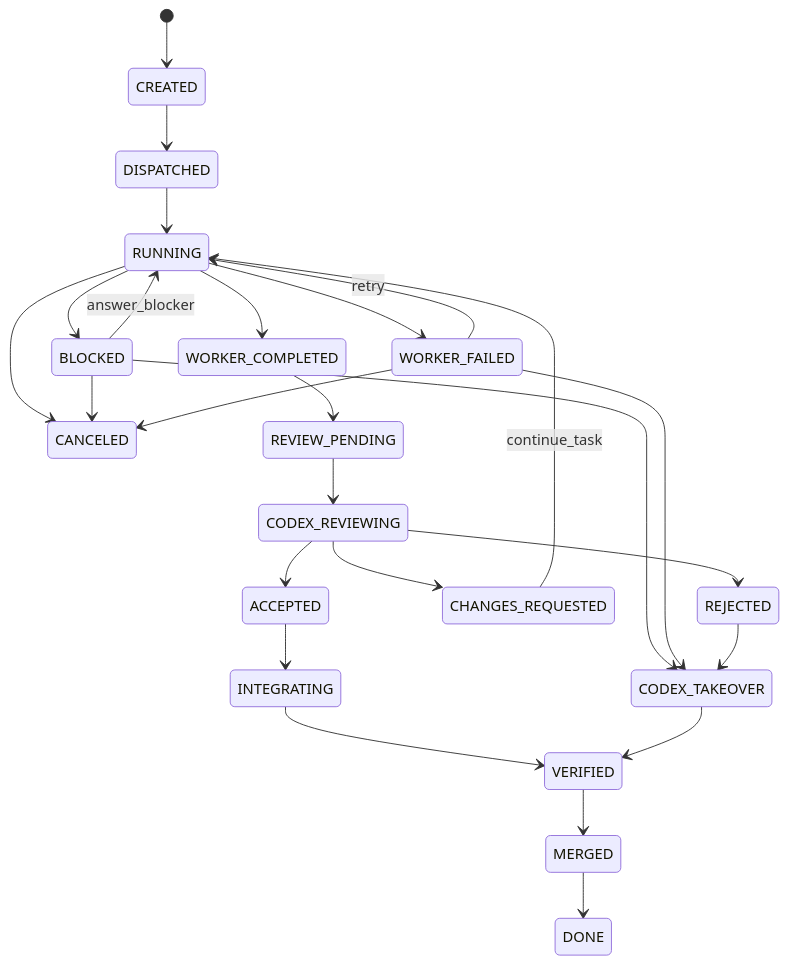
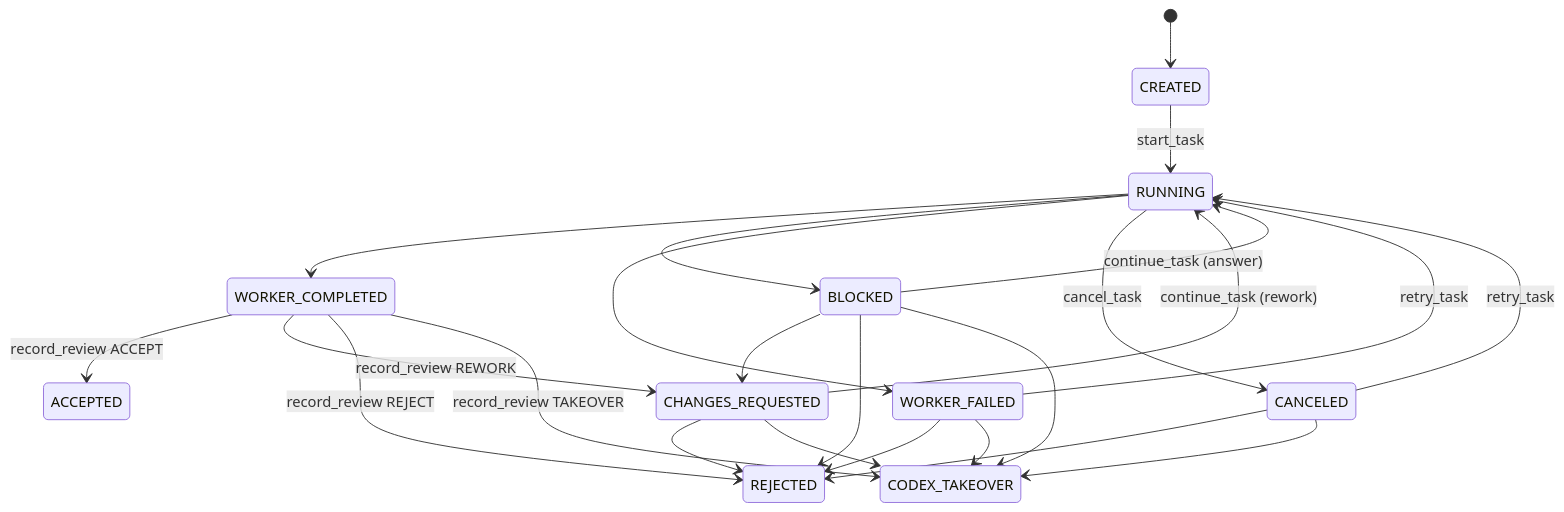
One commit to hts2008/Codex_X_Antigravity_CLI changed the second of 4 diagrams in FRAMEWORK.md. Above: the diagram before and after it, drawn with Mermaid. The commit also changed other lines of this file and 65 other files, not shown here.

````diff
--- a/FRAMEWORK.md
+++ b/FRAMEWORK.md
@@ -151,36 +153,32 @@
 ```mermaid
 stateDiagram-v2
     [*] --> CREATED
-    CREATED --> DISPATCHED
-    DISPATCHED --> RUNNING
+    CREATED --> RUNNING: start_task
 
+    RUNNING --> WORKER_COMPLETED
     RUNNING --> BLOCKED
-    RUNNING --> WORKER_COMPLETED
     RUNNING --> WORKER_FAILED
-    RUNNING --> CANCELED
+    RUNNING --> CANCELED: cancel_task
 
-    BLOCKED --> RUNNING: answer_blocker
-    BLOCKED --> CANCELED
+    WORKER_COMPLETED --> ACCEPTED: record_review ACCEPT
+    WORKER_COMPLETED --> CHANGES_REQUESTED: record_review REWORK
+    WORKER_COMPLETED --> REJECTED: record_review REJECT
+    WORKER_COMPLETED --> CODEX_TAKEOVER: record_review TAKEOVER
+
+    BLOCKED --> RUNNING: continue_task (answer)
+    BLOCKED --> CHANGES_REQUESTED
+    BLOCKED --> REJECTED
     BLOCKED --> CODEX_TAKEOVER
 
-    WORKER_FAILED --> RUNNING: retry
+    WORKER_FAILED --> RUNNING: retry_task
+    WORKER_FAILED --> REJECTED
     WORKER_FAILED --> CODEX_TAKEOVER
-    WORKER_FAILED --> CANCELED
 
-    WORKER_COMPLETED --> REVIEW_PENDING
-    REVIEW_PENDING --> CODEX_REVIEWING
+    CANCELED --> RUNNING: retry_task
+    CANCELED --> REJECTED
+    CANCELED --> CODEX_TAKEOVER
 
-    CODEX_REVIEWING --> ACCEPTED
-    CODEX_REVIEWING --> CHANGES_REQUESTED
-    CODEX_REVIEWING --> REJECTED
-
-    CHANGES_REQUESTED --> RUNNING: continue_task
-    REJECTED --> CODEX_TAKEOVER
-
-    ACCEPTED --> INTEGRATING
-    INTEGRATING --> VERIFIED
-    VERIFIED --> MERGED
-    MERGED --> DONE
-
-    CODEX_TAKEOVER --> VERIFIED
+    CHANGES_REQUESTED --> RUNNING: continue_task (rework)
+    CHANGES_REQUESTED --> REJECTED
+    CHANGES_REQUESTED --> CODEX_TAKEOVER
 ```
````
